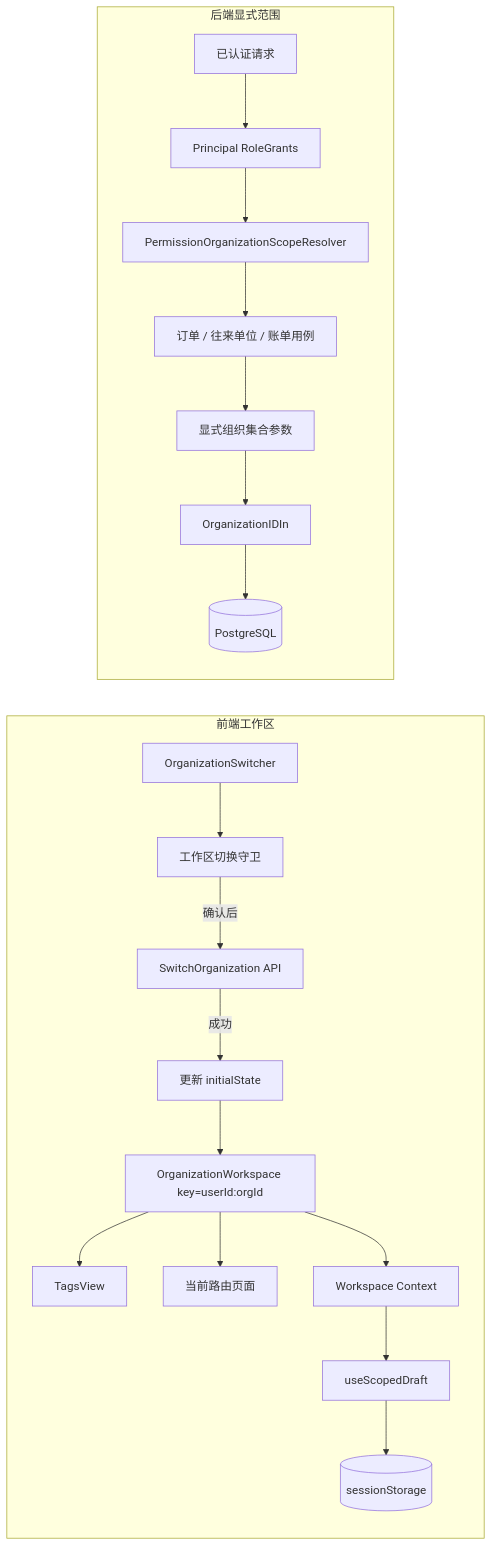
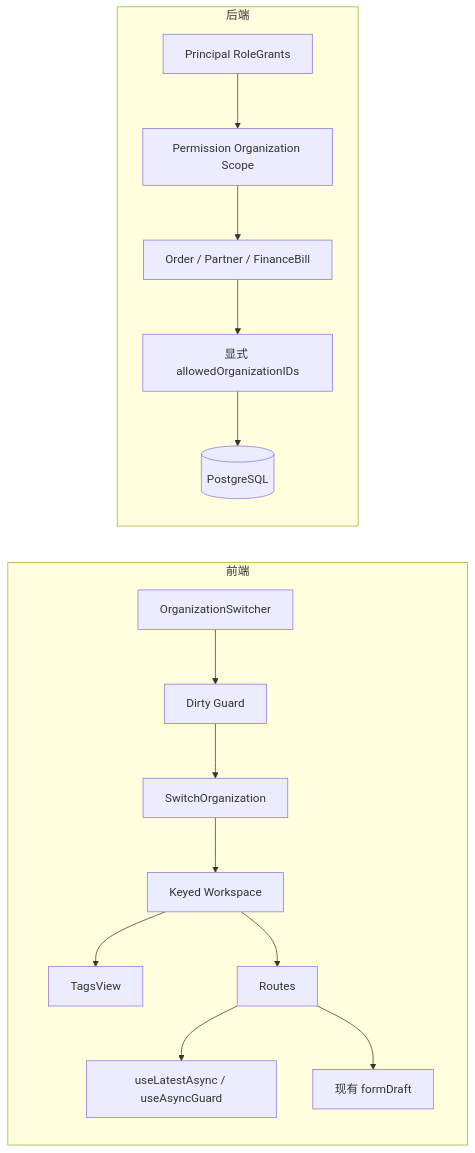
The diagram in .trellis/tasks/09-08-multi-org-foundation-architecture/design.md (mam15mon/roncin-go-admin), drawn with Mermaid before and after one commit. The commit also changed other lines of this file and 4 other files, not shown here.

````diff
--- a/.trellis/tasks/09-08-multi-org-foundation-architecture/design.md
+++ b/.trellis/tasks/09-08-multi-org-foundation-architecture/design.md
@@ -16,23 +13,19 @@
 ```mermaid
 flowchart LR
-    subgraph Web[前端工作区]
-        Switcher[OrganizationSwitcher] --> Guard[工作区切换守卫]
-        Guard -->|确认后| API[SwitchOrganization API]
-        API -->|成功| State[更新 initialState]
-        State --> Workspace[OrganizationWorkspace key=userId:orgId]
+    subgraph Web[前端]
+        Switcher[OrganizationSwitcher] --> Dirty[Dirty Guard]
+        Dirty --> SwitchAPI[SwitchOrganization]
+        SwitchAPI --> Workspace[Keyed Workspace]
         Workspace --> Tabs[TagsView]
-        Workspace --> Page[当前路由页面]
-        Workspace --> Context[Workspace Context]
-        Context --> Draft[useScopedDraft]
-        Draft --> Session[(sessionStorage)]
+        Workspace --> Pages[Routes]
+        Pages --> AsyncGuard[useLatestAsync / useAsyncGuard]
+        Pages --> ExistingDraft[现有 formDraft]
     end
 
-    subgraph Server[后端显式范围]
-        Request[已认证请求] --> Principal[Principal RoleGrants]
-        Principal --> Resolver[PermissionOrganizationScopeResolver]
-        Resolver --> Usecase[订单 / 往来单位 / 账单用例]
-        Usecase --> Repository[显式组织集合参数]
-        Repository --> Predicate[OrganizationIDIn]
-        Predicate --> DB[(PostgreSQL)]
+    subgraph Server[后端]
+        Principal[Principal RoleGrants] --> Resolver[Permission Organization Scope]
+        Resolver --> Usecase[Order / Partner / FinanceBill]
+        Usecase --> Repo[显式 allowedOrganizationIDs]
+        Repo --> DB[(PostgreSQL)]
     end
 ```
````
